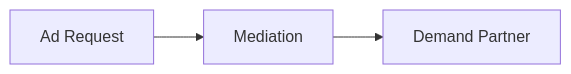
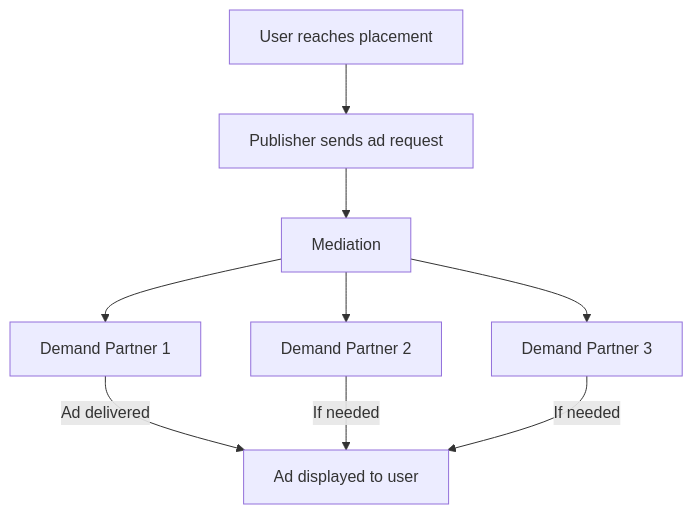
One commit to tirthkanzariya201/tapmind changed the diagram in docs/getting-started/what-is-mediation.md. Above: the diagram before and after it, drawn with Mermaid. The commit also changed other lines of this file and 1 other file, not shown here.

First line of the commit message:
Add story-driven content for What is Mediation page.

````diff
--- a/docs/getting-started/what-is-mediation.md
+++ b/docs/getting-started/what-is-mediation.md
@@ -34,6 +98,11 @@
 ```mermaid
-%% Placeholder diagram to be added
-flowchart LR
-    A[Ad Request] --> B[Mediation]
-    B --> C[Demand Partner]
+flowchart TD
+    A[User reaches placement] --> B[Publisher sends ad request]
+    B --> C[Mediation]
+    C --> D[Demand Partner 1]
+    C --> E[Demand Partner 2]
+    C --> F[Demand Partner 3]
+    D -->|Ad delivered| G[Ad displayed to user]
+    E -->|If needed| G
+    F -->|If needed| G
 ```
````
